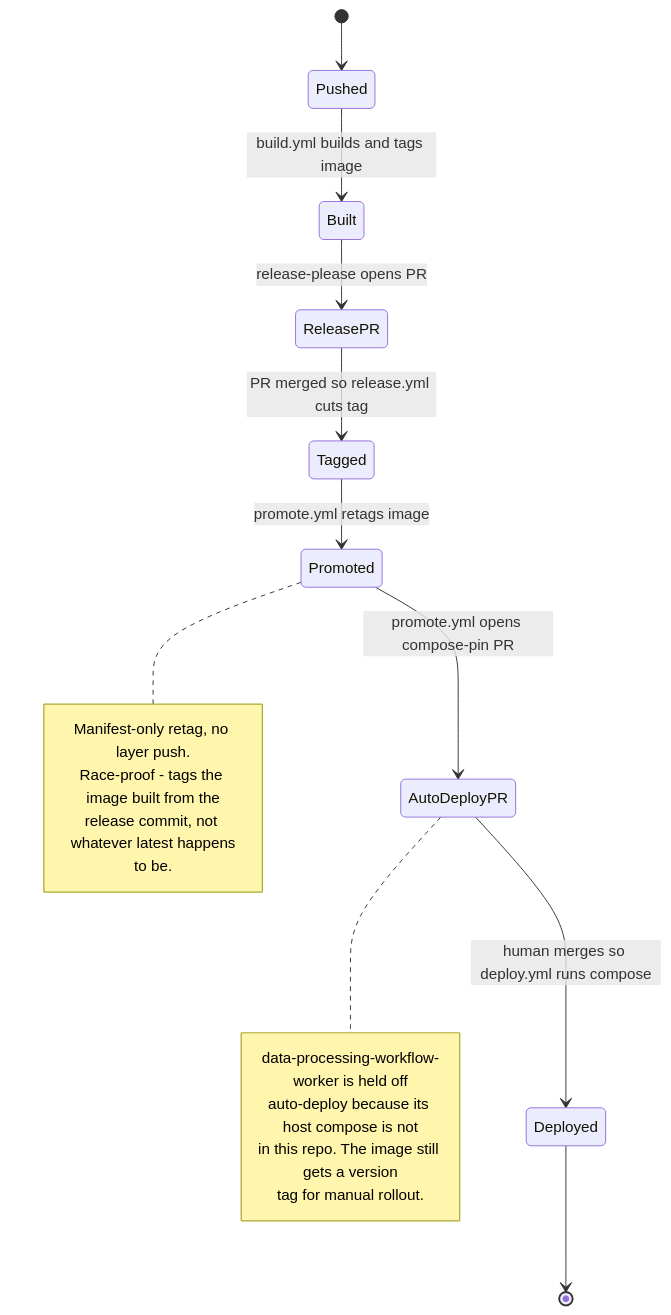
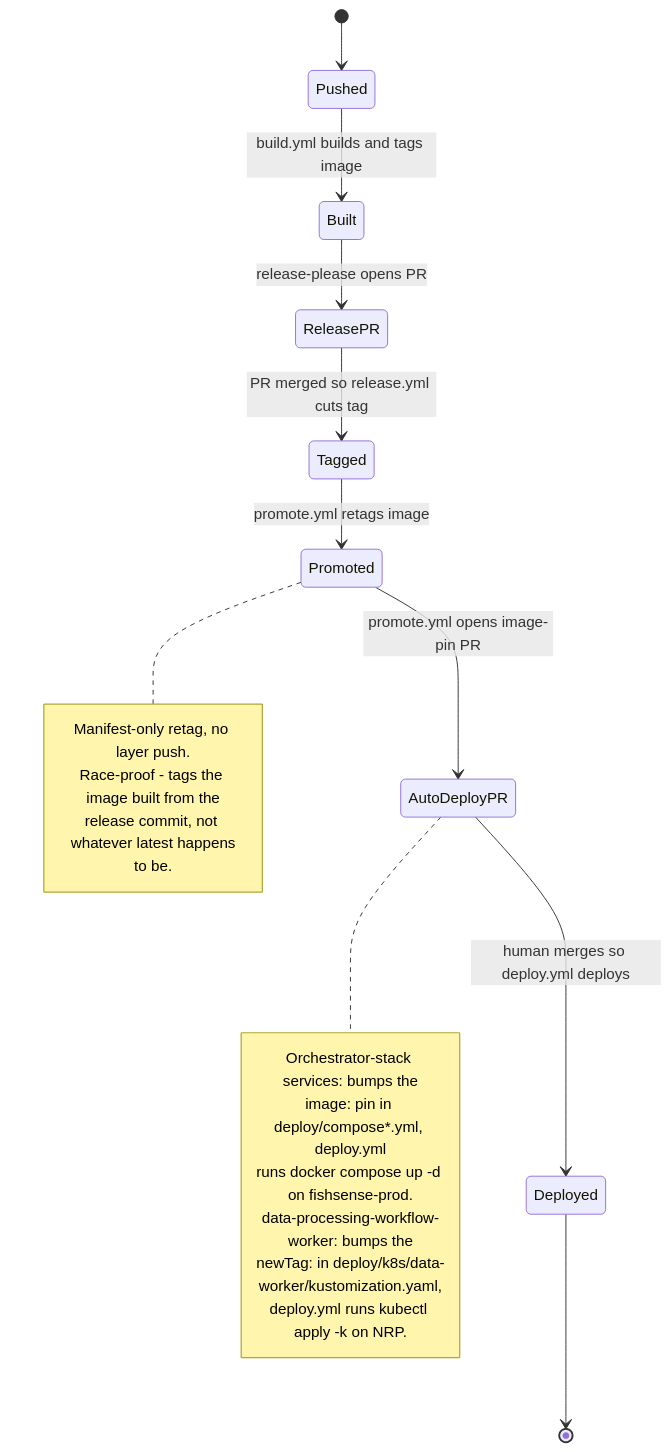
Before and after one commit to UCSD-E4E/fishsense-lite: the eighth of 8 diagrams in docs/diagrams.md, drawn with Mermaid. The commit also changed other lines of this file and 46 other files, not shown here.

````diff
--- a/docs/diagrams.md
+++ b/docs/diagrams.md
@@ -565,25 +573,27 @@
 ```mermaid
 stateDiagram-v2
     [*] --> Pushed
     Pushed --> Built : build.yml builds and tags image
     Built --> ReleasePR : release-please opens PR
     ReleasePR --> Tagged : PR merged so release.yml cuts tag
     Tagged --> Promoted : promote.yml retags image
-    Promoted --> AutoDeployPR : promote.yml opens compose-pin PR
-    AutoDeployPR --> Deployed : human merges so deploy.yml runs compose
+    Promoted --> AutoDeployPR : promote.yml opens image-pin PR
+    AutoDeployPR --> Deployed : human merges so deploy.yml deploys
     Deployed --> [*]
 
     note right of Promoted
         Manifest-only retag, no layer push.
         Race-proof - tags the image built from the
         release commit, not whatever latest happens
         to be.
     end note
 
     note right of AutoDeployPR
-        data-processing-workflow-worker is held off
-        auto-deploy because its host compose is not
-        in this repo. The image still gets a version
-        tag for manual rollout.
+        Orchestrator-stack services: bumps the
+        image: pin in deploy/compose*.yml, deploy.yml
+        runs docker compose up -d on fishsense-prod.
+        data-processing-workflow-worker: bumps the
+        newTag: in deploy/k8s/data-worker/kustomization.yaml,
+        deploy.yml runs kubectl apply -k on NRP.
     end note
 ```
````
